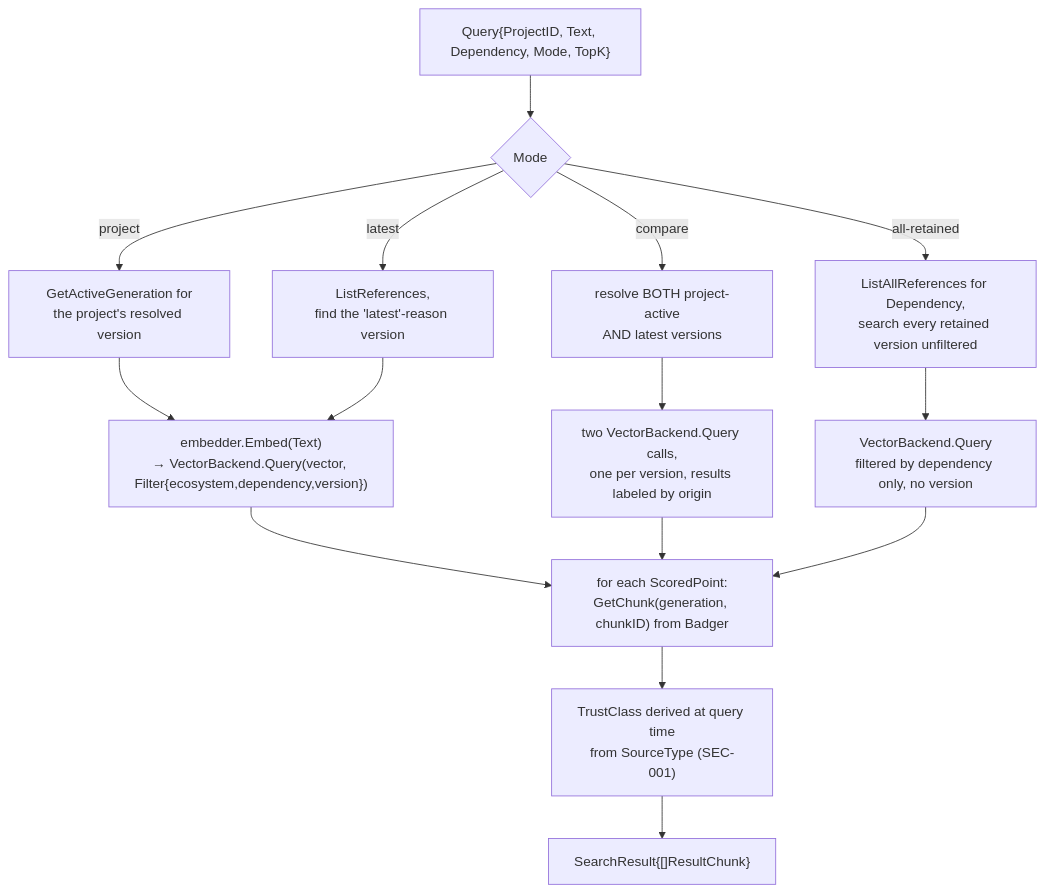
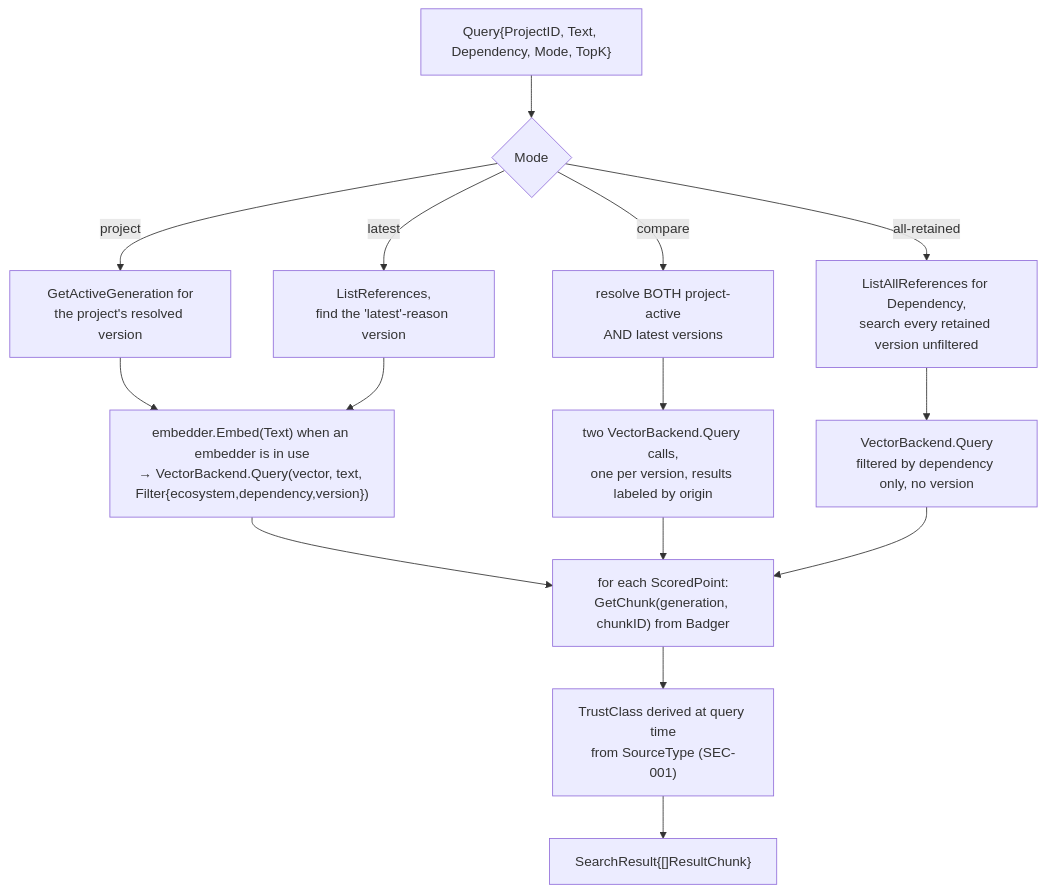
Before and after one commit to aleutian-ai/depctl: the first of 3 diagrams in docs/features/query-serving.md, drawn with Mermaid. The commit also changed other lines of this file and 114 other files, not shown here.

````diff
--- a/docs/features/query-serving.md
+++ b/docs/features/query-serving.md
@@ -28,20 +28,20 @@
 ```mermaid
 flowchart TD
     q["Query{ProjectID, Text, Dependency, Mode, TopK}"]
     q --> mode{Mode}
     mode -->|project| pactive["GetActiveGeneration for\nthe project's resolved version"]
     mode -->|latest| platest["ListReferences,\nfind the 'latest'-reason version"]
     mode -->|compare| pboth["resolve BOTH project-active\nAND latest versions"]
     mode -->|all-retained| pall["ListAllReferences for Dependency,\nsearch every retained version unfiltered"]
 
-    pactive --> vec["embedder.Embed(Text)\n→ VectorBackend.Query(vector, Filter{ecosystem,dependency,version})"]
+    pactive --> vec["embedder.Embed(Text) when an embedder is in use\n→ VectorBackend.Query(vector, text, Filter{ecosystem,dependency,version})"]
     platest --> vec
     pboth --> vec2["two VectorBackend.Query calls,\none per version, results labeled by origin"]
     pall --> vecall["VectorBackend.Query\nfiltered by dependency only, no version"]
 
     vec --> chunks["for each ScoredPoint:\nGetChunk(generation, chunkID) from Badger"]
     vec2 --> chunks
     vecall --> chunks
     chunks --> trust["TrustClass derived at query time\nfrom SourceType (SEC-001)"]
     trust --> out["SearchResult{[]ResultChunk}"]
 ```
````
